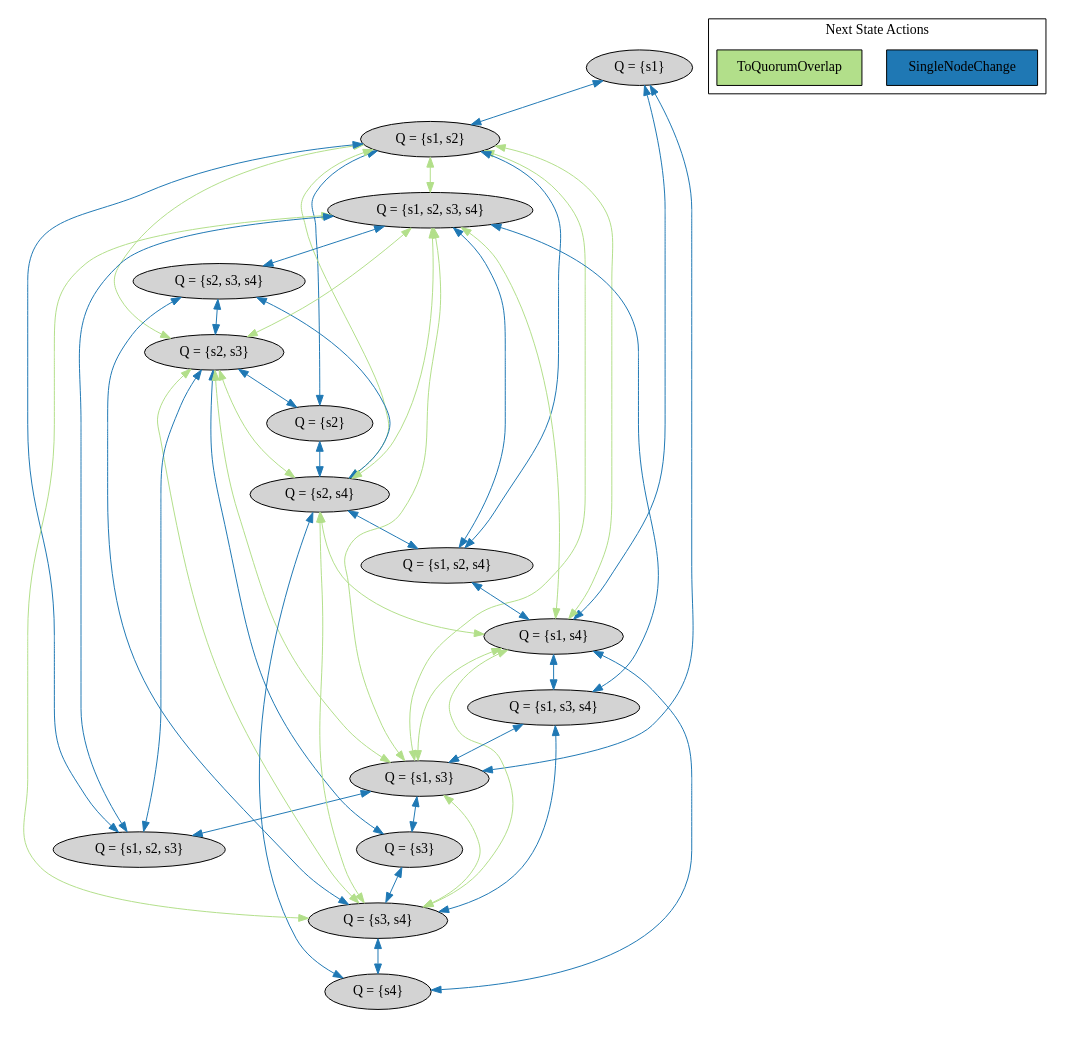
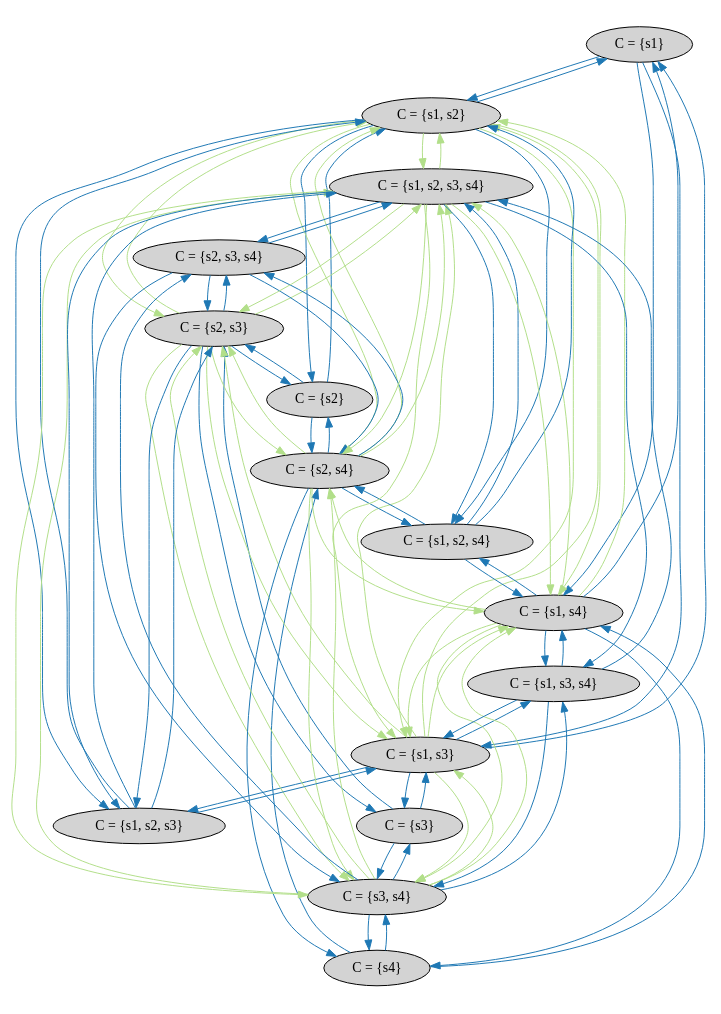
One commit to will62794/logless-reconfig changed the diagram in notes/raft_reconfig_bug/quorums_n4.dot. Above: the diagram before and after it, drawn with Graphviz. The commit also changed 13 other files, not shown here.

```diff
--- a/notes/raft_reconfig_bug/quorums_n4.dot
+++ b/notes/raft_reconfig_bug/quorums_n4.dot
@@ -1,119 +1,119 @@
 strict digraph DiskGraph {
 edge [colorscheme="paired12"]
-nodesep=0.35;concentrate=true;
+nodesep=0.35;concentrate=false;
 subgraph cluster_graph {
 color="white";
--337505677008638894 [label="Q = {s1}",style = filled]
-6974812391370778028 [label="Q = {s2}",style = filled]
--3760123837136631633 [label="Q = {s3}",style = filled]
-3551510335018944683 [label="Q = {s4}",style = filled]
--118961254309539161 [label="Q = {s1, s2}",style = filled]
-6143900543715884964 [label="Q = {s1, s3}",style = filled]
--5774845755033157728 [label="Q = {s1, s4}",style = filled]
--6323803811886637432 [label="Q = {s2, s3}",style = filled]
-5955290807483014796 [label="Q = {s2, s4}",style = filled]
-464083610975485544 [label="Q = {s3, s4}",style = filled]
--7870509720731139147 [label="Q = {s1, s2, s3}",style = filled]
-7520573240303879089 [label="Q = {s1, s2, s4}",style = filled]
-4362793411753124693 [label="Q = {s1, s3, s4}",style = filled]
-2772874294095719319 [label="Q = {s2, s3, s4}",style = filled]
-2518578901314019833 [label="Q = {s1, s2, s3, s4}",style = filled]
--337505677008638894 -> -118961254309539161 [label="",color="2",fontcolor="2"];
--337505677008638894 -> 6143900543715884964 [label="",color="2",fontcolor="2"];
--337505677008638894 -> -5774845755033157728 [label="",color="2",fontcolor="2"];
-6974812391370778028 -> -118961254309539161 [label="",color="2",fontcolor="2"];
-6974812391370778028 -> -6323803811886637432 [label="",color="2",fontcolor="2"];
-6974812391370778028 -> 5955290807483014796 [label="",color="2",fontcolor="2"];
--3760123837136631633 -> 6143900543715884964 [label="",color="2",fontcolor="2"];
--3760123837136631633 -> -6323803811886637432 [label="",color="2",fontcolor="2"];
--3760123837136631633 -> 464083610975485544 [label="",color="2",fontcolor="2"];
-3551510335018944683 -> -5774845755033157728 [label="",color="2",fontcolor="2"];
-3551510335018944683 -> 5955290807483014796 [label="",color="2",fontcolor="2"];
-3551510335018944683 -> 464083610975485544 [label="",color="2",fontcolor="2"];
--118961254309539161 -> 6974812391370778028 [label="",color="2",fontcolor="2"];
--118961254309539161 -> -337505677008638894 [label="",color="2",fontcolor="2"];
--118961254309539161 -> -7870509720731139147 [label="",color="2",fontcolor="2"];
--118961254309539161 -> 7520573240303879089 [label="",color="2",fontcolor="2"];
--118961254309539161 -> 6143900543715884964 [label="",color="3",fontcolor="3"];
--118961254309539161 -> -5774845755033157728 [label="",color="3",fontcolor="3"];
--118961254309539161 -> -6323803811886637432 [label="",color="3",fontcolor="3"];
--118961254309539161 -> 5955290807483014796 [label="",color="3",fontcolor="3"];
--118961254309539161 -> 2518578901314019833 [label="",color="3",fontcolor="3"];
-6143900543715884964 -> -3760123837136631633 [label="",color="2",fontcolor="2"];
-6143900543715884964 -> -7870509720731139147 [label="",color="2",fontcolor="2"];
-6143900543715884964 -> -337505677008638894 [label="",color="2",fontcolor="2"];
-6143900543715884964 -> 4362793411753124693 [label="",color="2",fontcolor="2"];
-6143900543715884964 -> -118961254309539161 [label="",color="3",fontcolor="3"];
-6143900543715884964 -> -5774845755033157728 [label="",color="3",fontcolor="3"];
-6143900543715884964 -> -6323803811886637432 [label="",color="3",fontcolor="3"];
-6143900543715884964 -> 464083610975485544 [label="",color="3",fontcolor="3"];
-6143900543715884964 -> 2518578901314019833 [label="",color="3",fontcolor="3"];
--5774845755033157728 -> 3551510335018944683 [label="",color="2",fontcolor="2"];
--5774845755033157728 -> 7520573240303879089 [label="",color="2",fontcolor="2"];
--5774845755033157728 -> 4362793411753124693 [label="",color="2",fontcolor="2"];
--5774845755033157728 -> -337505677008638894 [label="",color="2",fontcolor="2"];
--5774845755033157728 -> -118961254309539161 [label="",color="3",fontcolor="3"];
--5774845755033157728 -> 6143900543715884964 [label="",color="3",fontcolor="3"];
--5774845755033157728 -> 5955290807483014796 [label="",color="3",fontcolor="3"];
--5774845755033157728 -> 464083610975485544 [label="",color="3",fontcolor="3"];
--5774845755033157728 -> 2518578901314019833 [label="",color="3",fontcolor="3"];
--6323803811886637432 -> -7870509720731139147 [label="",color="2",fontcolor="2"];
--6323803811886637432 -> -3760123837136631633 [label="",color="2",fontcolor="2"];
--6323803811886637432 -> 6974812391370778028 [label="",color="2",fontcolor="2"];
--6323803811886637432 -> 2772874294095719319 [label="",color="2",fontcolor="2"];
--6323803811886637432 -> -118961254309539161 [label="",color="3",fontcolor="3"];
--6323803811886637432 -> 6143900543715884964 [label="",color="3",fontcolor="3"];
--6323803811886637432 -> 5955290807483014796 [label="",color="3",fontcolor="3"];
--6323803811886637432 -> 464083610975485544 [label="",color="3",fontcolor="3"];
--6323803811886637432 -> 2518578901314019833 [label="",color="3",fontcolor="3"];
-5955290807483014796 -> 7520573240303879089 [label="",color="2",fontcolor="2"];
-5955290807483014796 -> 3551510335018944683 [label="",color="2",fontcolor="2"];
-5955290807483014796 -> 2772874294095719319 [label="",color="2",fontcolor="2"];
-5955290807483014796 -> 6974812391370778028 [label="",color="2",fontcolor="2"];
-5955290807483014796 -> -118961254309539161 [label="",color="3",fontcolor="3"];
-5955290807483014796 -> -5774845755033157728 [label="",color="3",fontcolor="3"];
-5955290807483014796 -> -6323803811886637432 [label="",color="3",fontcolor="3"];
-5955290807483014796 -> 464083610975485544 [label="",color="3",fontcolor="3"];
-5955290807483014796 -> 2518578901314019833 [label="",color="3",fontcolor="3"];
-464083610975485544 -> 4362793411753124693 [label="",color="2",fontcolor="2"];
-464083610975485544 -> 2772874294095719319 [label="",color="2",fontcolor="2"];
-464083610975485544 -> 3551510335018944683 [label="",color="2",fontcolor="2"];
-464083610975485544 -> -3760123837136631633 [label="",color="2",fontcolor="2"];
-464083610975485544 -> 6143900543715884964 [label="",color="3",fontcolor="3"];
-464083610975485544 -> -5774845755033157728 [label="",color="3",fontcolor="3"];
-464083610975485544 -> -6323803811886637432 [label="",color="3",fontcolor="3"];
-464083610975485544 -> 5955290807483014796 [label="",color="3",fontcolor="3"];
-464083610975485544 -> 2518578901314019833 [label="",color="3",fontcolor="3"];
--7870509720731139147 -> -6323803811886637432 [label="",color="2",fontcolor="2"];
--7870509720731139147 -> 6143900543715884964 [label="",color="2",fontcolor="2"];
--7870509720731139147 -> -118961254309539161 [label="",color="2",fontcolor="2"];
--7870509720731139147 -> 2518578901314019833 [label="",color="2",fontcolor="2"];
-7520573240303879089 -> 5955290807483014796 [label="",color="2",fontcolor="2"];
-7520573240303879089 -> -5774845755033157728 [label="",color="2",fontcolor="2"];
-7520573240303879089 -> 2518578901314019833 [label="",color="2",fontcolor="2"];
-7520573240303879089 -> -118961254309539161 [label="",color="2",fontcolor="2"];
-4362793411753124693 -> 464083610975485544 [label="",color="2",fontcolor="2"];
-4362793411753124693 -> 2518578901314019833 [label="",color="2",fontcolor="2"];
-4362793411753124693 -> -5774845755033157728 [label="",color="2",fontcolor="2"];
-4362793411753124693 -> 6143900543715884964 [label="",color="2",fontcolor="2"];
-2772874294095719319 -> 2518578901314019833 [label="",color="2",fontcolor="2"];
-2772874294095719319 -> 464083610975485544 [label="",color="2",fontcolor="2"];
-2772874294095719319 -> 5955290807483014796 [label="",color="2",fontcolor="2"];
-2772874294095719319 -> -6323803811886637432 [label="",color="2",fontcolor="2"];
-2518578901314019833 -> 2772874294095719319 [label="",color="2",fontcolor="2"];
-2518578901314019833 -> 4362793411753124693 [label="",color="2",fontcolor="2"];
-2518578901314019833 -> 7520573240303879089 [label="",color="2",fontcolor="2"];
-2518578901314019833 -> -7870509720731139147 [label="",color="2",fontcolor="2"];
-2518578901314019833 -> -118961254309539161 [label="",color="3",fontcolor="3"];
-2518578901314019833 -> 6143900543715884964 [label="",color="3",fontcolor="3"];
-2518578901314019833 -> -5774845755033157728 [label="",color="3",fontcolor="3"];
-2518578901314019833 -> -6323803811886637432 [label="",color="3",fontcolor="3"];
-2518578901314019833 -> 5955290807483014796 [label="",color="3",fontcolor="3"];
-2518578901314019833 -> 464083610975485544 [label="",color="3",fontcolor="3"];
+-4615964965084577761 [label="C = {s1}",style = filled]
+7276969124814655979 [label="C = {s2}",style = filled]
+-2493501127510503004 [label="C = {s3}",style = filled]
+-4376797231034850522 [label="C = {s4}",style = filled]
+2986244916262271917 [label="C = {s1, s2}",style = filled]
+-8004879097433703454 [label="C = {s1, s3}",style = filled]
+-8156081411196860064 [label="C = {s1, s4}",style = filled]
+-8892326587893025785 [label="C = {s2, s3}",style = filled]
+-7296060227966892411 [label="C = {s2, s4}",style = filled]
+-7597422652955182042 [label="C = {s3, s4}",style = filled]
+3636229250625015009 [label="C = {s1, s2, s3}",style = filled]
+3193413638582042211 [label="C = {s1, s2, s4}",style = filled]
+2341572127215699136 [label="C = {s1, s3, s4}",style = filled]
+-945609776293574316 [label="C = {s2, s3, s4}",style = filled]
+-5735859217818748260 [label="C = {s1, s2, s3, s4}",style = filled]
+-4615964965084577761 -> 2986244916262271917 [label="",color="2",fontcolor="2"];
+-4615964965084577761 -> -8004879097433703454 [label="",color="2",fontcolor="2"];
+-4615964965084577761 -> -8156081411196860064 [label="",color="2",fontcolor="2"];
+7276969124814655979 -> 2986244916262271917 [label="",color="2",fontcolor="2"];
+7276969124814655979 -> -8892326587893025785 [label="",color="2",fontcolor="2"];
+7276969124814655979 -> -7296060227966892411 [label="",color="2",fontcolor="2"];
+-2493501127510503004 -> -8004879097433703454 [label="",color="2",fontcolor="2"];
+-2493501127510503004 -> -8892326587893025785 [label="",color="2",fontcolor="2"];
+-2493501127510503004 -> -7597422652955182042 [label="",color="2",fontcolor="2"];
+-4376797231034850522 -> -8156081411196860064 [label="",color="2",fontcolor="2"];
+-4376797231034850522 -> -7296060227966892411 [label="",color="2",fontcolor="2"];
+-4376797231034850522 -> -7597422652955182042 [label="",color="2",fontcolor="2"];
+2986244916262271917 -> 7276969124814655979 [label="",color="2",fontcolor="2"];
+2986244916262271917 -> -4615964965084577761 [label="",color="2",fontcolor="2"];
+2986244916262271917 -> 3636229250625015009 [label="",color="2",fontcolor="2"];
+2986244916262271917 -> 3193413638582042211 [label="",color="2",fontcolor="2"];
+2986244916262271917 -> -8004879097433703454 [label="",color="3",fontcolor="3"];
+2986244916262271917 -> -8156081411196860064 [label="",color="3",fontcolor="3"];
+2986244916262271917 -> -8892326587893025785 [label="",color="3",fontcolor="3"];
+2986244916262271917 -> -7296060227966892411 [label="",color="3",fontcolor="3"];
+2986244916262271917 -> -5735859217818748260 [label="",color="3",fontcolor="3"];
+-8004879097433703454 -> -2493501127510503004 [label="",color="2",fontcolor="2"];
+-8004879097433703454 -> 3636229250625015009 [label="",color="2",fontcolor="2"];
+-8004879097433703454 -> -4615964965084577761 [label="",color="2",fontcolor="2"];
+-8004879097433703454 -> 2341572127215699136 [label="",color="2",fontcolor="2"];
+-8004879097433703454 -> 2986244916262271917 [label="",color="3",fontcolor="3"];
+-8004879097433703454 -> -8156081411196860064 [label="",color="3",fontcolor="3"];
+-8004879097433703454 -> -8892326587893025785 [label="",color="3",fontcolor="3"];
+-8004879097433703454 -> -7597422652955182042 [label="",color="3",fontcolor="3"];
+-8004879097433703454 -> -5735859217818748260 [label="",color="3",fontcolor="3"];
+-8156081411196860064 -> -4376797231034850522 [label="",color="2",fontcolor="2"];
+-8156081411196860064 -> 3193413638582042211 [label="",color="2",fontcolor="2"];
+-8156081411196860064 -> 2341572127215699136 [label="",color="2",fontcolor="2"];
+-8156081411196860064 -> -4615964965084577761 [label="",color="2",fontcolor="2"];
+-8156081411196860064 -> 2986244916262271917 [label="",color="3",fontcolor="3"];
+-8156081411196860064 -> -8004879097433703454 [label="",color="3",fontcolor="3"];
+-8156081411196860064 -> -7296060227966892411 [label="",color="3",fontcolor="3"];
+-8156081411196860064 -> -7597422652955182042 [label="",color="3",fontcolor="3"];
+-8156081411196860064 -> -5735859217818748260 [label="",color="3",fontcolor="3"];
+-8892326587893025785 -> 3636229250625015009 [label="",color="2",fontcolor="2"];
+-8892326587893025785 -> -2493501127510503004 [label="",color="2",fontcolor="2"];
+-8892326587893025785 -> 7276969124814655979 [label="",color="2",fontcolor="2"];
+-8892326587893025785 -> -945609776293574316 [label="",color="2",fontcolor="2"];
+-8892326587893025785 -> 2986244916262271917 [label="",color="3",fontcolor="3"];
+-8892326587893025785 -> -8004879097433703454 [label="",color="3",fontcolor="3"];
+-8892326587893025785 -> -7296060227966892411 [label="",color="3",fontcolor="3"];
+-8892326587893025785 -> -7597422652955182042 [label="",color="3",fontcolor="3"];
+-8892326587893025785 -> -5735859217818748260 [label="",color="3",fontcolor="3"];
+-7296060227966892411 -> 3193413638582042211 [label="",color="2",fontcolor="2"];
+-7296060227966892411 -> -4376797231034850522 [label="",color="2",fontcolor="2"];
+-7296060227966892411 -> -945609776293574316 [label="",color="2",fontcolor="2"];
+-7296060227966892411 -> 7276969124814655979 [label="",color="2",fontcolor="2"];
+-7296060227966892411 -> 2986244916262271917 [label="",color="3",fontcolor="3"];
+-7296060227966892411 -> -8156081411196860064 [label="",color="3",fontcolor="3"];
+-7296060227966892411 -> -8892326587893025785 [label="",color="3",fontcolor="3"];
+-7296060227966892411 -> -7597422652955182042 [label="",color="3",fontcolor="3"];
+-7296060227966892411 -> -5735859217818748260 [label="",color="3",fontcolor="3"];
+-7597422652955182042 -> 2341572127215699136 [label="",color="2",fontcolor="2"];
+-7597422652955182042 -> -945609776293574316 [label="",color="2",fontcolor="2"];
+-7597422652955182042 -> -4376797231034850522 [label="",color="2",fontcolor="2"];
+-7597422652955182042 -> -2493501127510503004 [label="",color="2",fontcolor="2"];
+-7597422652955182042 -> -8004879097433703454 [label="",color="3",fontcolor="3"];
+-7597422652955182042 -> -8156081411196860064 [label="",color="3",fontcolor="3"];
+-7597422652955182042 -> -8892326587893025785 [label="",color="3",fontcolor="3"];
+-7597422652955182042 -> -7296060227966892411 [label="",color="3",fontcolor="3"];
+-7597422652955182042 -> -5735859217818748260 [label="",color="3",fontcolor="3"];
+3636229250625015009 -> -8892326587893025785 [label="",color="2",fontcolor="2"];
+3636229250625015009 -> -8004879097433703454 [label="",color="2",fontcolor="2"];
+3636229250625015009 -> 2986244916262271917 [label="",color="2",fontcolor="2"];
+3636229250625015009 -> -5735859217818748260 [label="",color="2",fontcolor="2"];
+3193413638582042211 -> -7296060227966892411 [label="",color="2",fontcolor="2"];
+3193413638582042211 -> -8156081411196860064 [label="",color="2",fontcolor="2"];
+3193413638582042211 -> -5735859217818748260 [label="",color="2",fontcolor="2"];
+3193413638582042211 -> 2986244916262271917 [label="",color="2",fontcolor="2"];
+2341572127215699136 -> -7597422652955182042 [label="",color="2",fontcolor="2"];
+2341572127215699136 -> -5735859217818748260 [label="",color="2",fontcolor="2"];
+2341572127215699136 -> -8156081411196860064 [label="",color="2",fontcolor="2"];
+2341572127215699136 -> -8004879097433703454 [label="",color="2",fontcolor="2"];
+-945609776293574316 -> -5735859217818748260 [label="",color="2",fontcolor="2"];
+-945609776293574316 -> -7597422652955182042 [label="",color="2",fontcolor="2"];
+-945609776293574316 -> -7296060227966892411 [label="",color="2",fontcolor="2"];
+-945609776293574316 -> -8892326587893025785 [label="",color="2",fontcolor="2"];
+-5735859217818748260 -> -945609776293574316 [label="",color="2",fontcolor="2"];
+-5735859217818748260 -> 2341572127215699136 [label="",color="2",fontcolor="2"];
+-5735859217818748260 -> 3193413638582042211 [label="",color="2",fontcolor="2"];
+-5735859217818748260 -> 3636229250625015009 [label="",color="2",fontcolor="2"];
+-5735859217818748260 -> 2986244916262271917 [label="",color="3",fontcolor="3"];
+-5735859217818748260 -> -8004879097433703454 [label="",color="3",fontcolor="3"];
+-5735859217818748260 -> -8156081411196860064 [label="",color="3",fontcolor="3"];
+-5735859217818748260 -> -8892326587893025785 [label="",color="3",fontcolor="3"];
+-5735859217818748260 -> -7296060227966892411 [label="",color="3",fontcolor="3"];
+-5735859217818748260 -> -7597422652955182042 [label="",color="3",fontcolor="3"];
 
 }
 subgraph cluster_legend {graph[style=bold];label = "Next State Actions" style="solid"
 node [ labeljust="l",colorscheme="paired12",style=filled,shape=record ]
-SingleNodeChange [label="SingleNodeChange",fillcolor=2]
-ToQuorumOverlap [label="ToQuorumOverlap",fillcolor=3]
+
+
 }}
```
